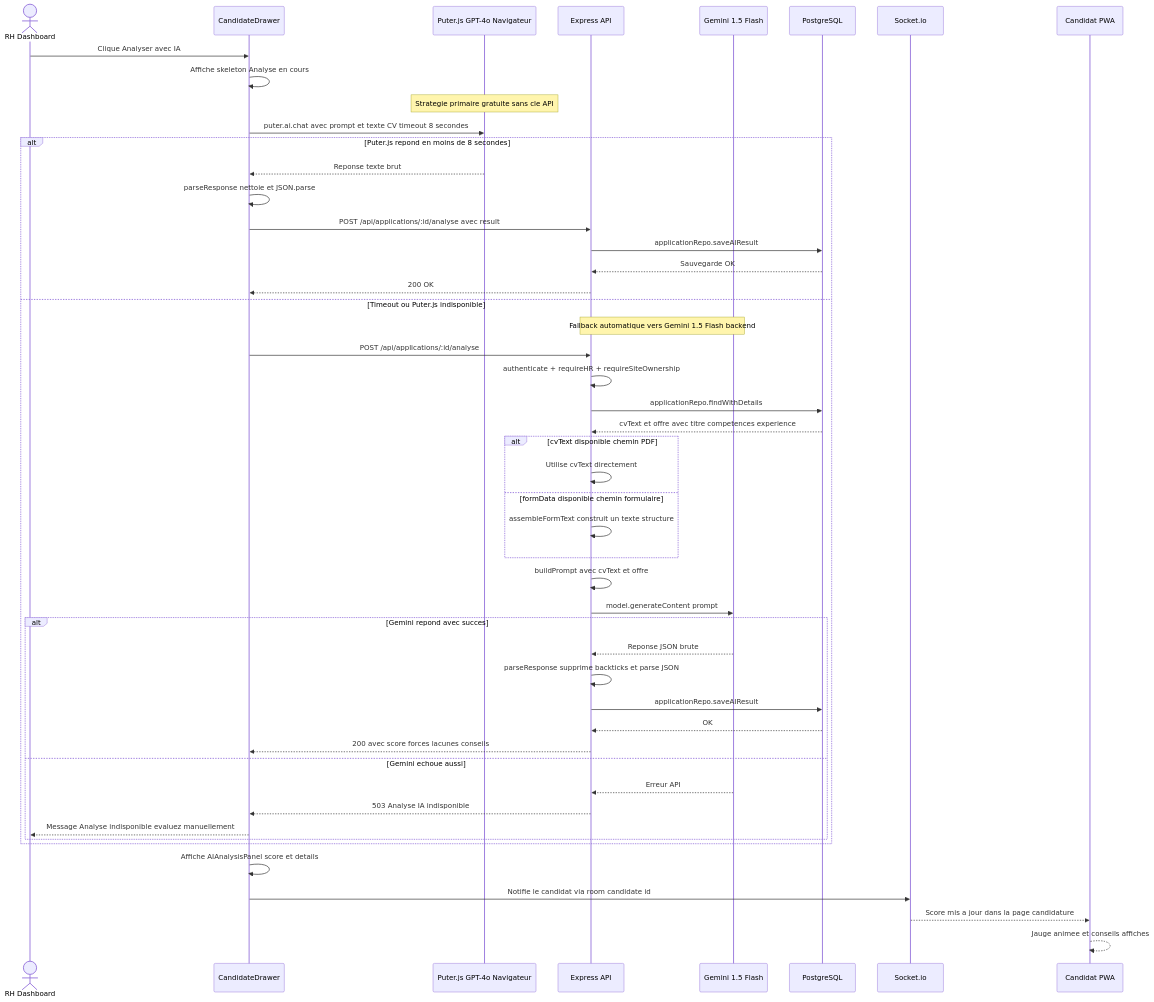
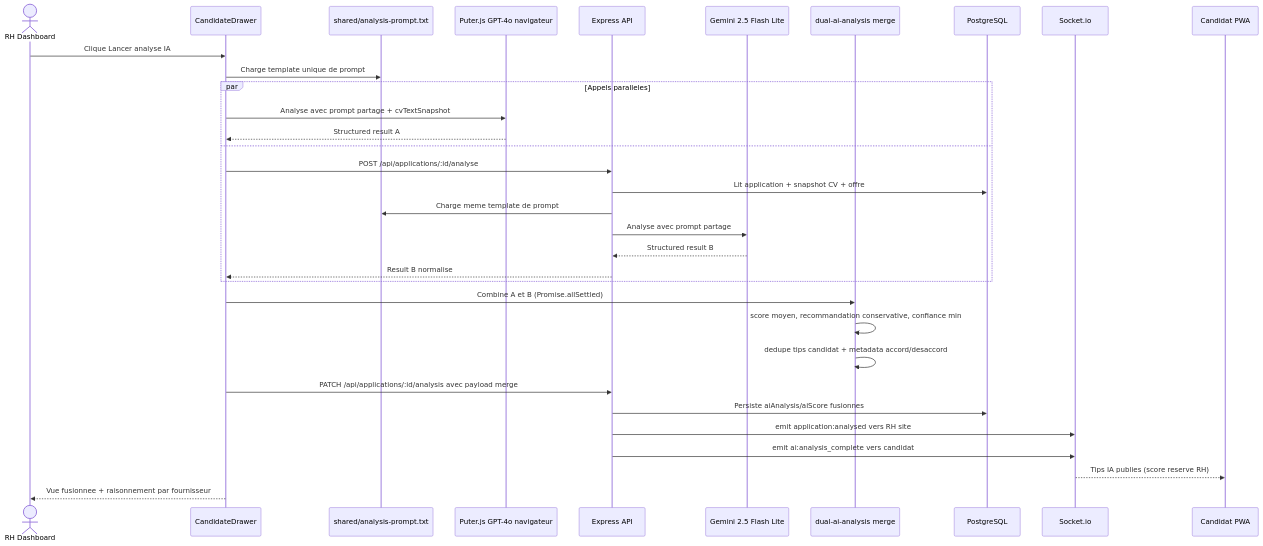
One commit to foudhilriahi/schulte changed the diagram in diagramms/05_sequence_ia.md. Above: the diagram before and after it, drawn with Mermaid. The commit also changed other lines of this file and 40 other files, not shown here.

First line of the commit message:
refactor: update Gantt roadmap and README for clarity and accuracy

````diff
--- a/diagramms/05_sequence_ia.md
+++ b/diagramms/05_sequence_ia.md
@@ -4,62 +4,40 @@
 ```mermaid
 sequenceDiagram
     actor RH as RH Dashboard
     participant Drawer as CandidateDrawer
-    participant PuterJS as Puter.js GPT-4o Navigateur
+    participant Prompt as shared/analysis-prompt.txt
+    participant Puter as Puter.js GPT-4o navigateur
     participant Backend as Express API
-    participant Gemini as Gemini 1.5 Flash
+    participant Gemini as Gemini 2.5 Flash Lite
+    participant Merge as dual-ai-analysis merge
     participant DB as PostgreSQL
     participant Socket as Socket.io
     participant PWA as Candidat PWA
 
-    RH->>Drawer: Clique Analyser avec IA
-    Drawer->>Drawer: Affiche skeleton Analyse en cours
+    RH->>Drawer: Clique Lancer analyse IA
+    Drawer->>Prompt: Charge template unique de prompt
 
-    Note over PuterJS: Strategie primaire gratuite sans cle API
-
-    Drawer->>PuterJS: puter.ai.chat avec prompt et texte CV timeout 8 secondes
-
-    alt Puter.js repond en moins de 8 secondes
-        PuterJS-->>Drawer: Reponse texte brut
-        Drawer->>Drawer: parseResponse nettoie et JSON.parse
-        Drawer->>Backend: POST /api/applications/:id/analyse avec result
-        Backend->>DB: applicationRepo.saveAIResult
-        DB-->>Backend: Sauvegarde OK
-        Backend-->>Drawer: 200 OK
-
-    else Timeout ou Puter.js indisponible
-        Note over Backend, Gemini: Fallback automatique vers Gemini 1.5 Flash backend
-
+    par Appels paralleles
+        Drawer->>Puter: Analyse avec prompt partage + cvTextSnapshot
+        Puter-->>Drawer: Structured result A
+    and
         Drawer->>Backend: POST /api/applications/:id/analyse
-        Backend->>Backend: authenticate + requireHR + requireSiteOwnership
-        Backend->>DB: applicationRepo.findWithDetails
-        DB-->>Backend: cvText et offre avec titre competences experience
-
-        alt cvText disponible chemin PDF
-            Backend->>Backend: Utilise cvText directement
-        else formData disponible chemin formulaire
-            Backend->>Backend: assembleFormText construit un texte structure
-        end
-
-        Backend->>Backend: buildPrompt avec cvText et offre
-        Backend->>Gemini: model.generateContent prompt
-
-        alt Gemini repond avec succes
-            Gemini-->>Backend: Reponse JSON brute
-            Backend->>Backend: parseResponse supprime backticks et parse JSON
-            Backend->>DB: applicationRepo.saveAIResult
-            DB-->>Backend: OK
-            Backend-->>Drawer: 200 avec score forces lacunes conseils
-
-        else Gemini echoue aussi
-            Gemini-->>Backend: Erreur API
-            Backend-->>Drawer: 503 Analyse IA indisponible
-            Drawer-->>RH: Message Analyse indisponible evaluez manuellement
-        end
+        Backend->>DB: Lit application + snapshot CV + offre
+        Backend->>Prompt: Charge meme template de prompt
+        Backend->>Gemini: Analyse avec prompt partage
+        Gemini-->>Backend: Structured result B
+        Backend-->>Drawer: Result B normalise
     end
 
-    Drawer->>Drawer: Affiche AIAnalysisPanel score et details
-    Drawer->>Socket: Notifie le candidat via room candidate id
-    Socket-->>PWA: Score mis a jour dans la page candidature
-    PWA-->>PWA: Jauge animee et conseils affiches
+    Drawer->>Merge: Combine A et B (Promise.allSettled)
+    Merge->>Merge: score moyen, recommandation conservative, confiance min
+    Merge->>Merge: dedupe tips candidat + metadata accord/desaccord
+
+    Drawer->>Backend: PATCH /api/applications/:id/analysis avec payload merge
+    Backend->>DB: Persiste aiAnalysis/aiScore fusionnes
+    Backend->>Socket: emit application:analysed vers RH site
+    Backend->>Socket: emit ai:analysis_complete vers candidat
+    Socket-->>PWA: Tips IA publies (score reserve RH)
+
+    Drawer-->>RH: Vue fusionnee + raisonnement par fournisseur
 ```
````
